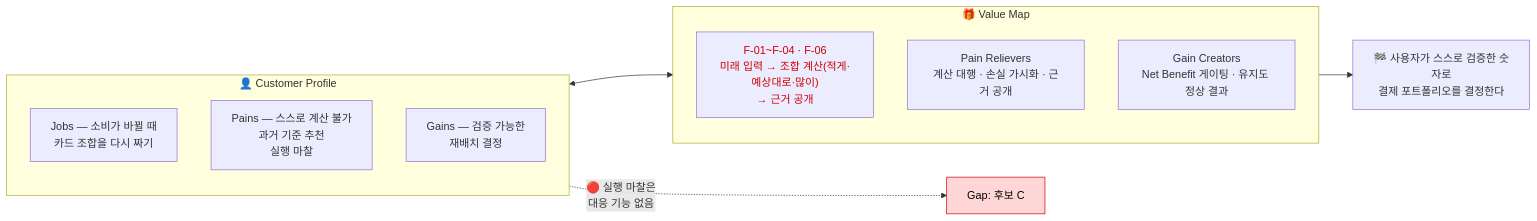
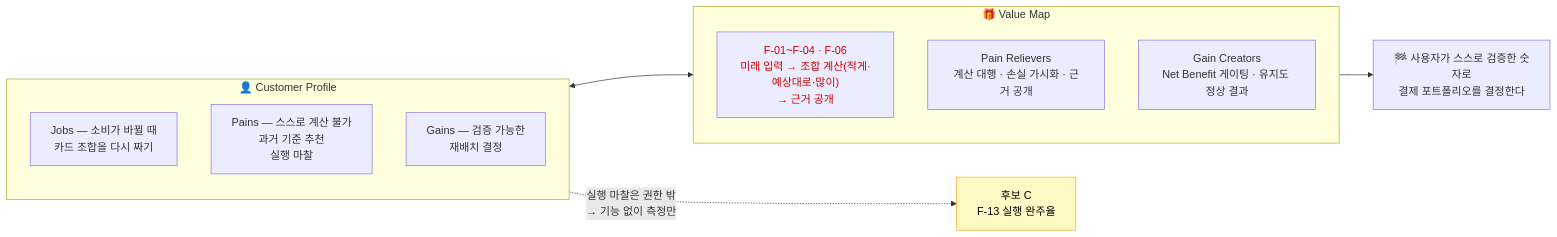
Before and after one commit to jennie-brain/team-project_2nd: the diagram in 효진/확정본/08_Value_Proposition.md, drawn with Mermaid. The commit also changed other lines of this file, not shown here.

````diff
--- a/효진/확정본/08_Value_Proposition.md
+++ b/효진/확정본/08_Value_Proposition.md
@@ -13,20 +13,20 @@
 ```mermaid
 flowchart LR
     subgraph CP["👤 Customer Profile"]
         direction TB
         J["Jobs — 소비가 바뀔 때<br/>카드 조합을 다시 짜기"]
         P["Pains — 스스로 계산 불가<br/>과거 기준 추천<br/>실행 마찰"]
         G["Gains — 검증 가능한<br/>재배치 결정"]
     end
     subgraph VM["🎁 Value Map"]
         direction TB
         S["F-01~F-04 · F-06<br/>미래 입력 → 조합 계산(적게·예상대로·많이)<br/>→ 근거 공개"]
         PR["Pain Relievers<br/>계산 대행 · 손실 가시화 · 근거 공개"]
         GC["Gain Creators<br/>Net Benefit 게이팅 · 유지도 정상 결과"]
     end
     CP <--> VM
     VM --> V["🏁 사용자가 스스로 검증한 숫자로<br/>결제 포트폴리오를 결정한다"]
-    P -.->|"🔴 실행 마찰은<br/>대응 기능 없음"| GAP["Gap: 후보 C"]
-    style GAP fill:#ffd6d6,stroke:#c00,color:#000
+    P -.->|"실행 마찰은 권한 밖<br/>→ 기능 없이 측정만"| GAP["후보 C<br/>F-13 실행 완주율"]
+    style GAP fill:#FFF9C4,stroke:#F9A825,color:#000
     style S color:#c00
 ```
````
